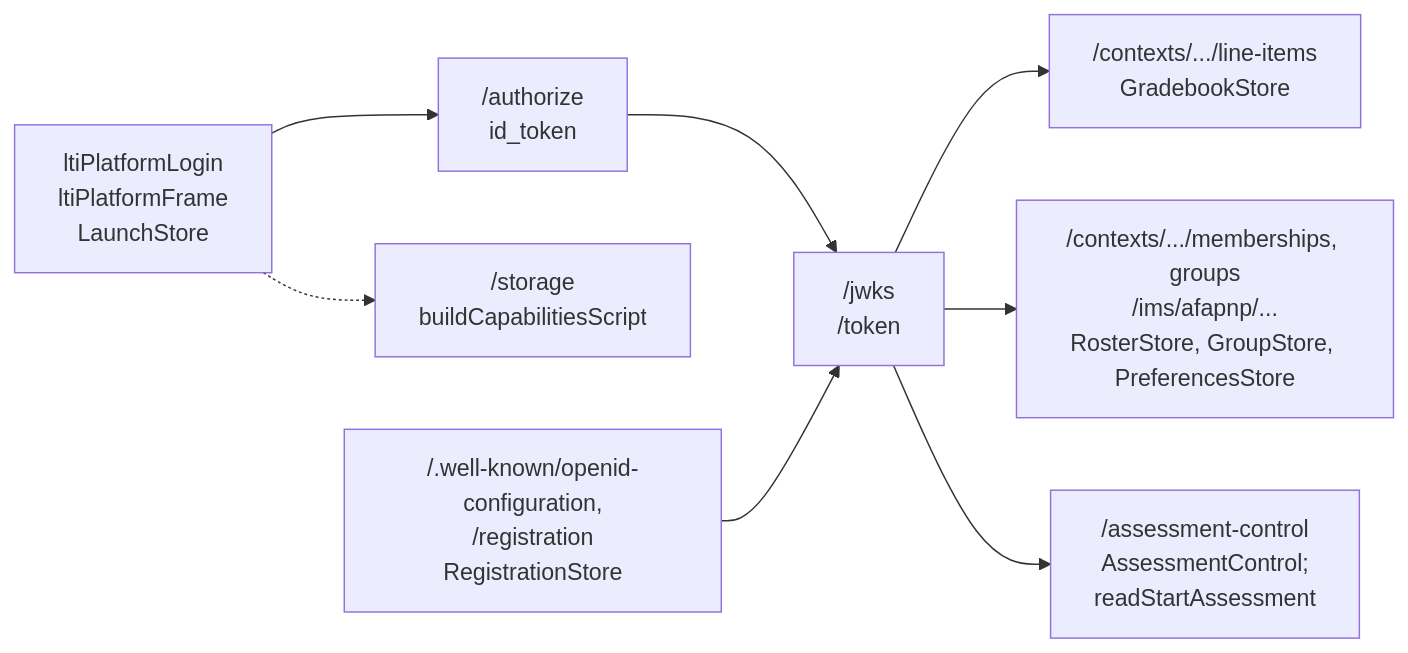
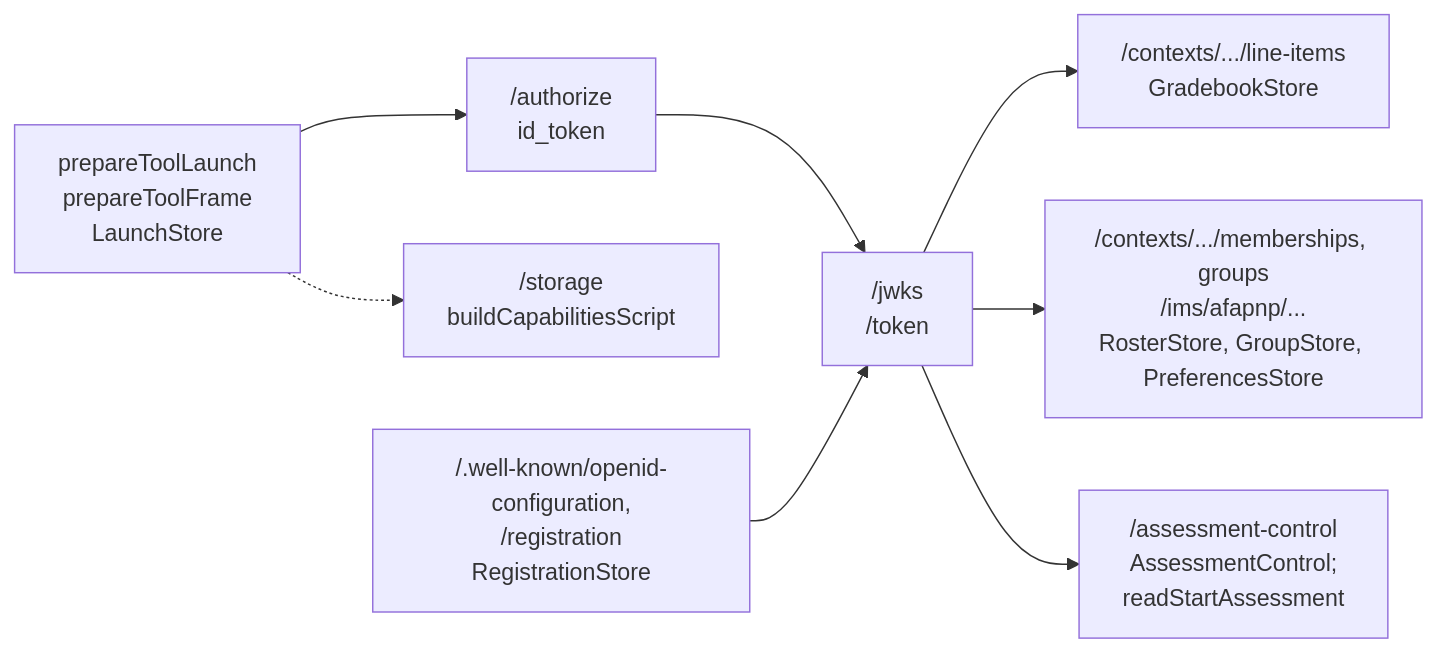
The second of 2 diagrams in docs/tool-integration/supported.md (interopkit/interopkit), drawn with Mermaid before and after one commit. The commit also changed other lines of this file and 368 other files, not shown here.

````diff
--- a/docs/tool-integration/supported.md
+++ b/docs/tool-integration/supported.md
@@ -52,10 +52,10 @@
 ```mermaid
 flowchart LR
-  login["ltiPlatformLogin<br/>ltiPlatformFrame<br/>LaunchStore"] --> authorize["/authorize<br/>id_token"]
+  login["prepareToolLaunch<br/>prepareToolFrame<br/>LaunchStore"] --> authorize["/authorize<br/>id_token"]
   authorize --> token["/jwks<br/>/token"]
   login -.-> storage["/storage<br/>buildCapabilitiesScript"]
   token --> ags["/contexts/.../line-items<br/>GradebookStore"]
   token --> roster["/contexts/.../memberships, groups<br/>/ims/afapnp/...<br/>RosterStore, GroupStore, PreferencesStore"]
   token --> control["/assessment-control<br/>AssessmentControl;<br/>readStartAssessment"]
   registration["/.well-known/openid-configuration,<br/>/registration<br/>RegistrationStore"] --> token
 ```
````
